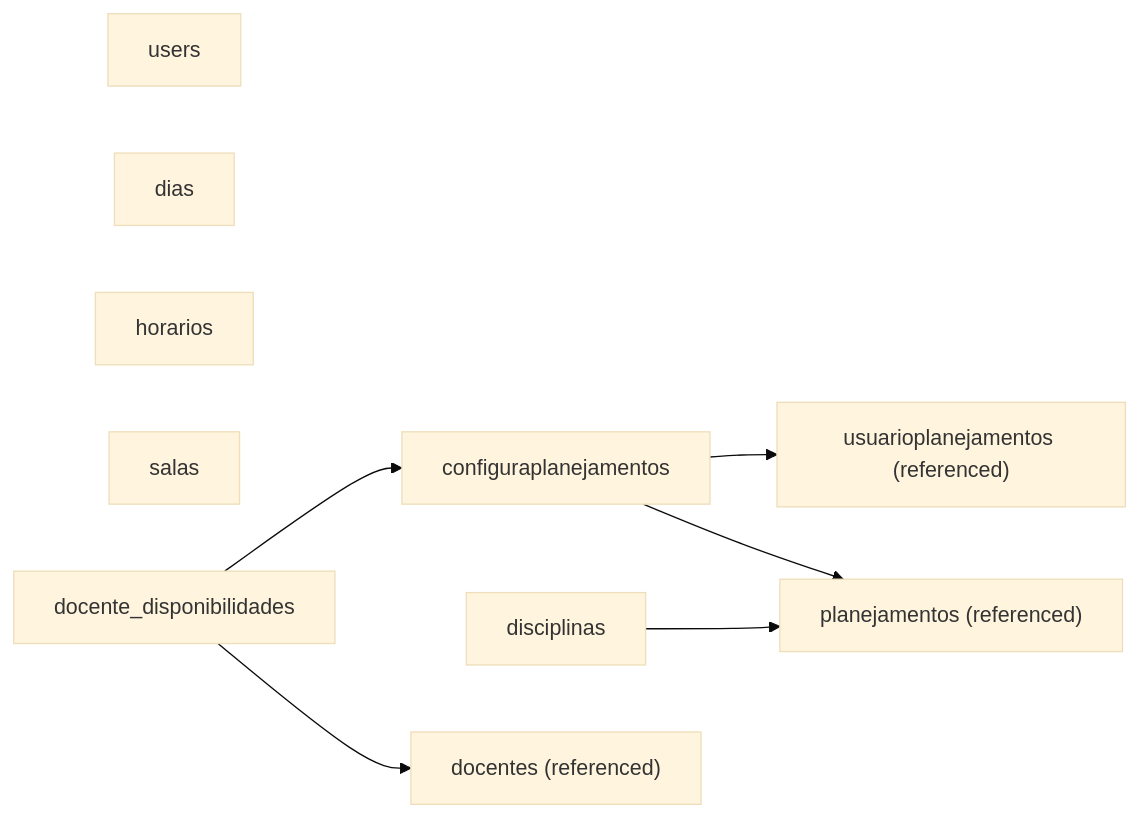
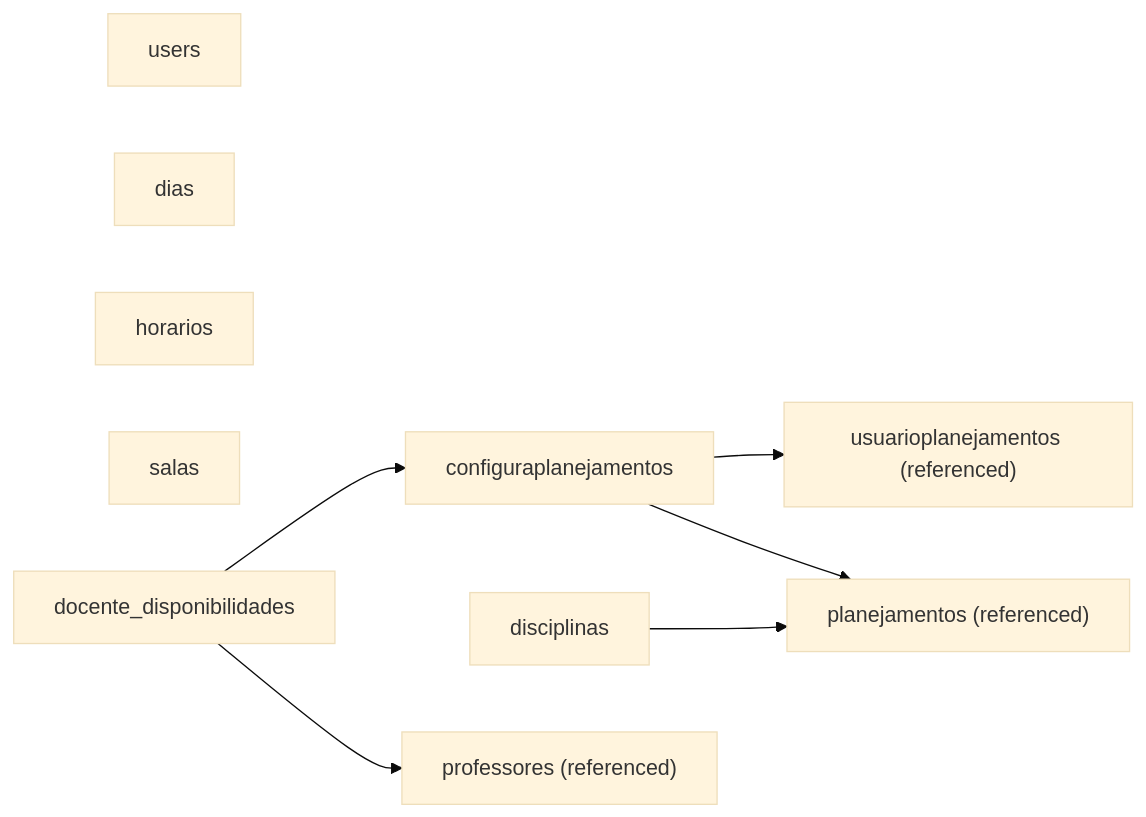
One commit to luiseduacosta/planejamento5 changed the fourth of 4 diagrams in .qoder/repowiki/en/content/Database Schema.md. Above: the diagram before and after it, drawn with Mermaid (base theme). The commit also changed other lines of this file and 37 other files, not shown here.

Commit message:
repowiki: rename Docentes → Professores in metadata

````diff
--- a/.qoder/repowiki/en/content/Database Schema.md
+++ b/.qoder/repowiki/en/content/Database Schema.md
@@ -340,15 +340,15 @@
 ```mermaid
 graph LR
 U["users"]
 D["dias"]
 H["horarios"]
 S["salas"]
 DD["docente_disponibilidades"]
 C["configuraplanejamentos"]
 DC["disciplinas"]
 DD --> C
-DD --> DOC["docentes (referenced)"]
+DD --> DOC["professores (referenced)"]
 C --> UP["usuarioplanejamentos (referenced)"]
 C --> P["planejamentos (referenced)"]
 DC --> P
 ```
````
